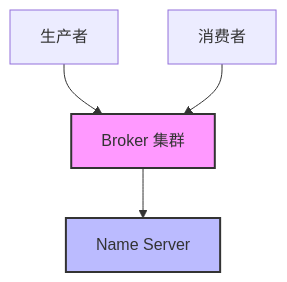
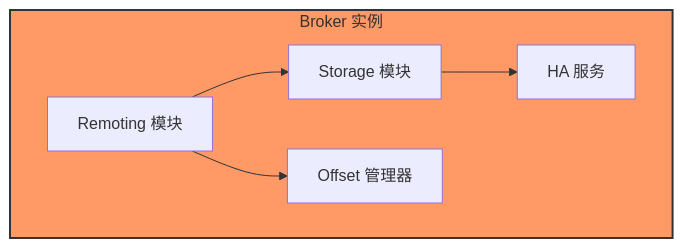
Before and after one commit to mxsm/rocketmq-rust: the second of 5 diagrams in rocketmq-website/i18n/zh-CN/docusaurus-plugin-content-docs/current/architecture/overview.md, drawn with Mermaid. The commit also changed other lines of this file and 3 other files, not shown here.

Commit message:
[ISSUE #6914]📝Complete architecture section parity with English

````diff
--- a/rocketmq-website/i18n/zh-CN/docusaurus-plugin-content-docs/current/architecture/overview.md
+++ b/rocketmq-website/i18n/zh-CN/docusaurus-plugin-content-docs/current/architecture/overview.md
@@ -24,14 +98,15 @@
 ```mermaid
 graph TB
-    Producer[生产者]
-    Consumer[消费者]
-    Broker[Broker 集群]
-    NameServer[Name Server]
+    subgraph Broker["Broker 实例"]
+        Remoting[Remoting 模块]
+        Store[Storage 模块]
+        Offset[Offset 管理器]
+        HA[HA 服务]
+    end
 
-    Producer --> Broker
-    Consumer --> Broker
-    Broker --> NameServer
+    Remoting --> Store
+    Remoting --> Offset
+    Store --> HA
 
-    style Broker fill:#f9f,stroke:#333,stroke-width:2px
-    style NameServer fill:#bbf,stroke:#333,stroke-width:2px
+    style Broker fill:#f96,stroke:#333,stroke-width:2px
 ```
````
